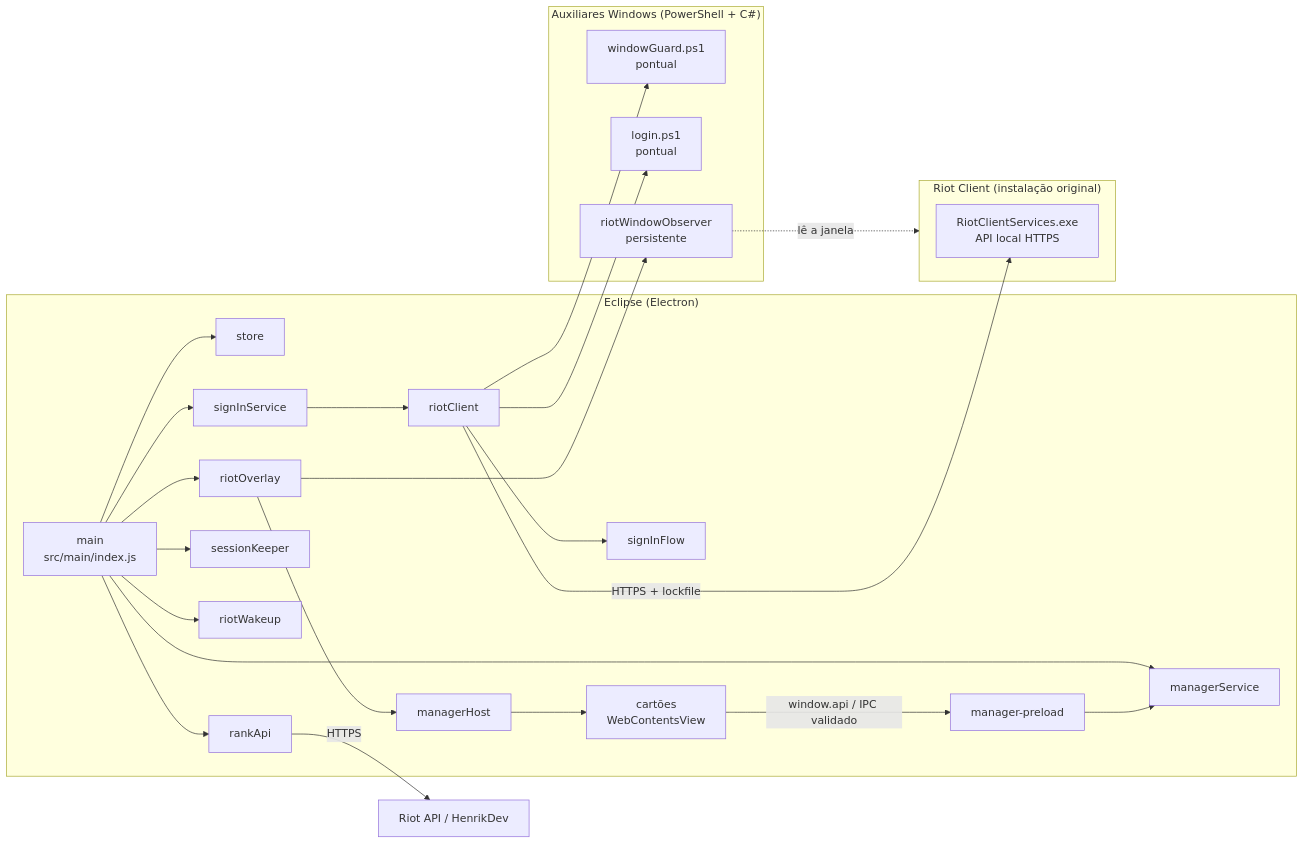
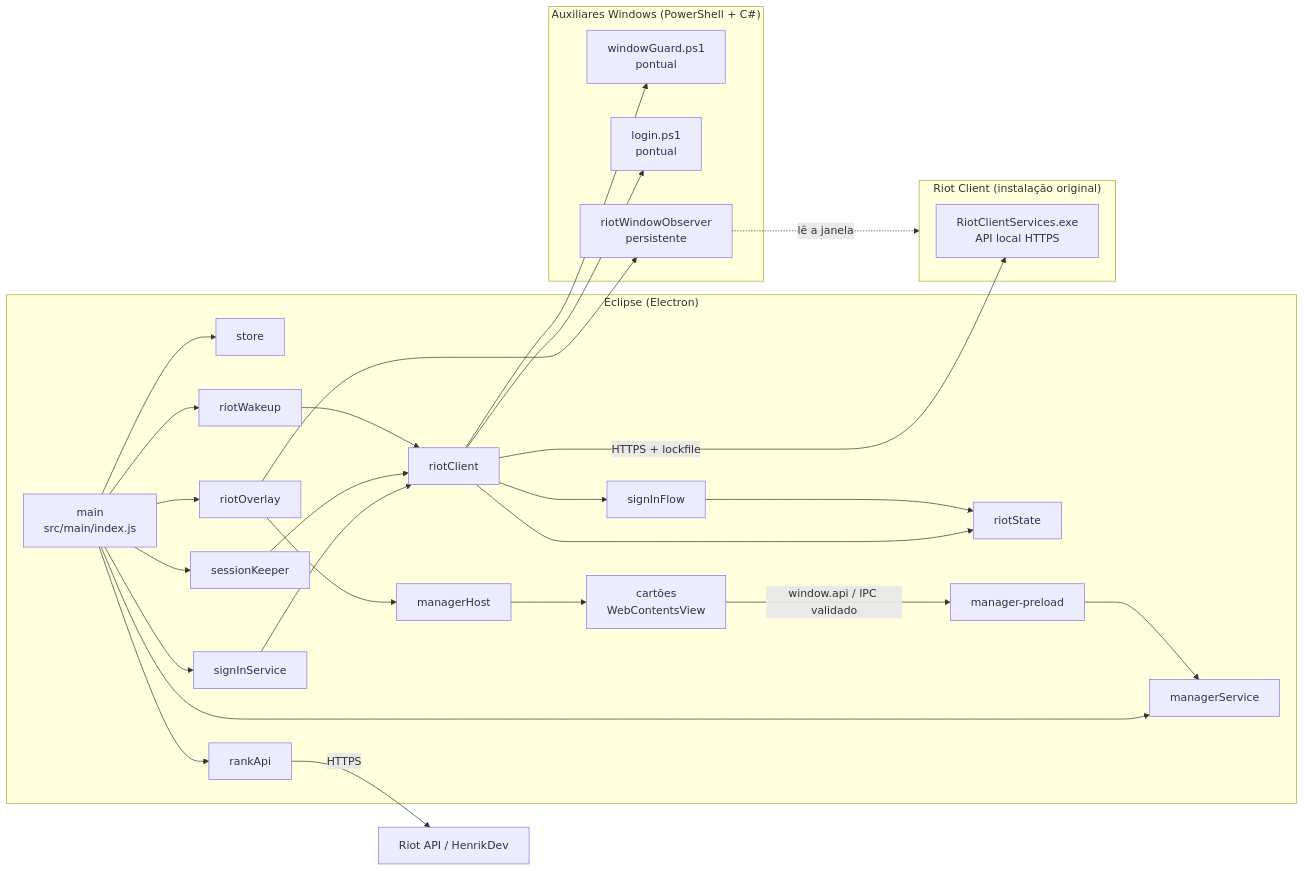
Before and after one commit to arthurmchd/eclipse: the first of 2 diagrams in docs/02 Arquitetura/Arquitetura.md, drawn with Mermaid. The commit also changed 18 other files, not shown here.

````diff
--- a/docs/02 Arquitetura/Arquitetura.md
+++ b/docs/02 Arquitetura/Arquitetura.md
@@ -12,35 +12,39 @@
 ```mermaid
 flowchart LR
   subgraph Eclipse["Eclipse (Electron)"]
     M["main<br/>src/main/index.js"] --> MS[managerService]
     M --> S[store]
     M --> SS[signInService]
     M --> RA[rankApi]
     M --> SK[sessionKeeper]
     M --> WK[riotWakeup]
     M --> OV[riotOverlay]
     SS --> RC[riotClient]
+    SK --> RC
+    WK --> RC
     RC --> SF[signInFlow]
+    RC --> ST[riotState]
+    SF --> ST
     OV --> MH[managerHost]
     MH --> V["cartões<br/>WebContentsView"]
     V -- "window.api / IPC validado" --> MP[manager-preload]
     MP --> MS
   end
 
   subgraph Windows["Auxiliares Windows (PowerShell + C#)"]
     WG["windowGuard.ps1<br/>pontual"]
     LG["login.ps1<br/>pontual"]
     OB["riotWindowObserver<br/>persistente"]
   end
 
   subgraph Riot["Riot Client (instalação original)"]
     RCS["RiotClientServices.exe<br/>API local HTTPS"]
   end
 
   RC -- "HTTPS + lockfile" --> RCS
   RC --> WG
   RC --> LG
   OV --> OB
   OB -. "lê a janela" .-> Riot
   RA -- "HTTPS" --> APIs["Riot API / HenrikDev"]
 ```
````
